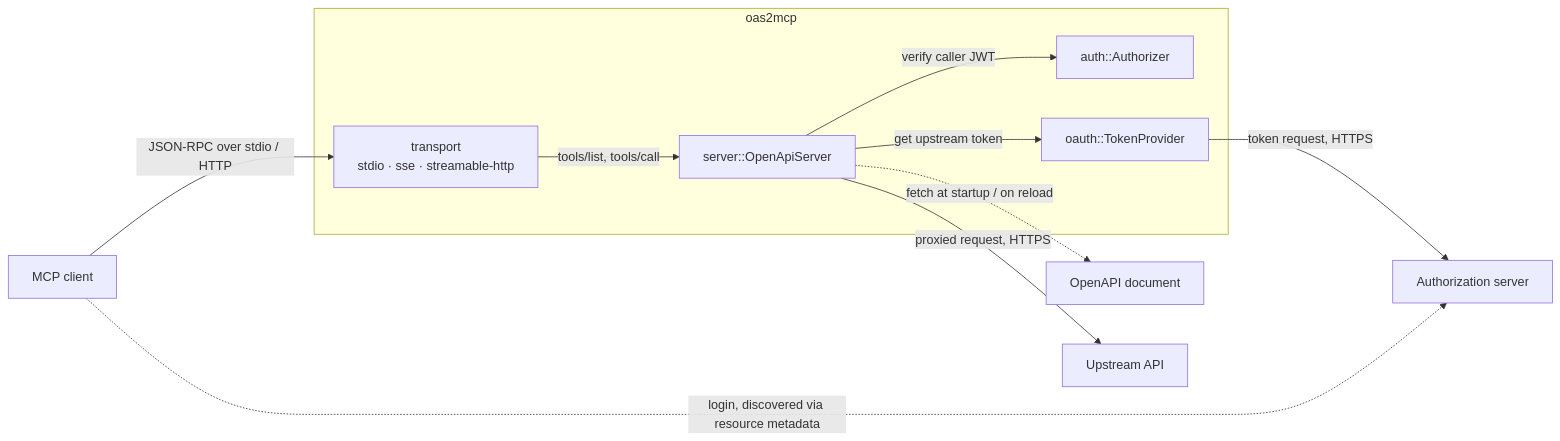
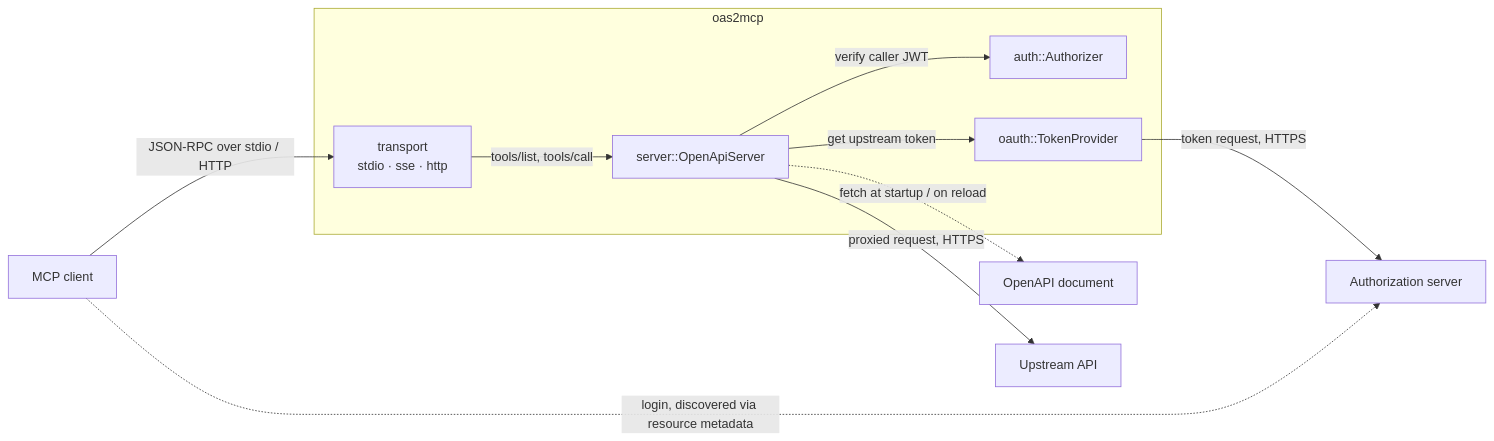
The first of 2 diagrams in ARCHITECTURE.md (therealm-tech/oas2mcp), drawn with Mermaid before and after one commit. The commit also changed other lines of this file and 12 other files, not shown here.

````diff
--- a/ARCHITECTURE.md
+++ b/ARCHITECTURE.md
@@ -11,22 +11,22 @@
 ```mermaid
 flowchart LR
     client["MCP client"]
     idp["Authorization server"]
     subgraph oas2mcp
-        transport["transport<br/>stdio · sse · streamable-http"]
+        transport["transport<br/>stdio · sse · http"]
         server["server::OpenApiServer"]
         auth["auth::Authorizer"]
         oauth["oauth::TokenProvider"]
     end
     doc["OpenAPI document"]
     api["Upstream API"]
 
     client -->|"JSON-RPC over stdio / HTTP"| transport
     transport -->|"tools/list, tools/call"| server
     server -->|"verify caller JWT"| auth
     server -->|"get upstream token"| oauth
     oauth -->|"token request, HTTPS"| idp
     server -->|"proxied request, HTTPS"| api
     server -.->|"fetch at startup / on reload"| doc
     client -.->|"login, discovered via resource metadata"| idp
 ```
````
